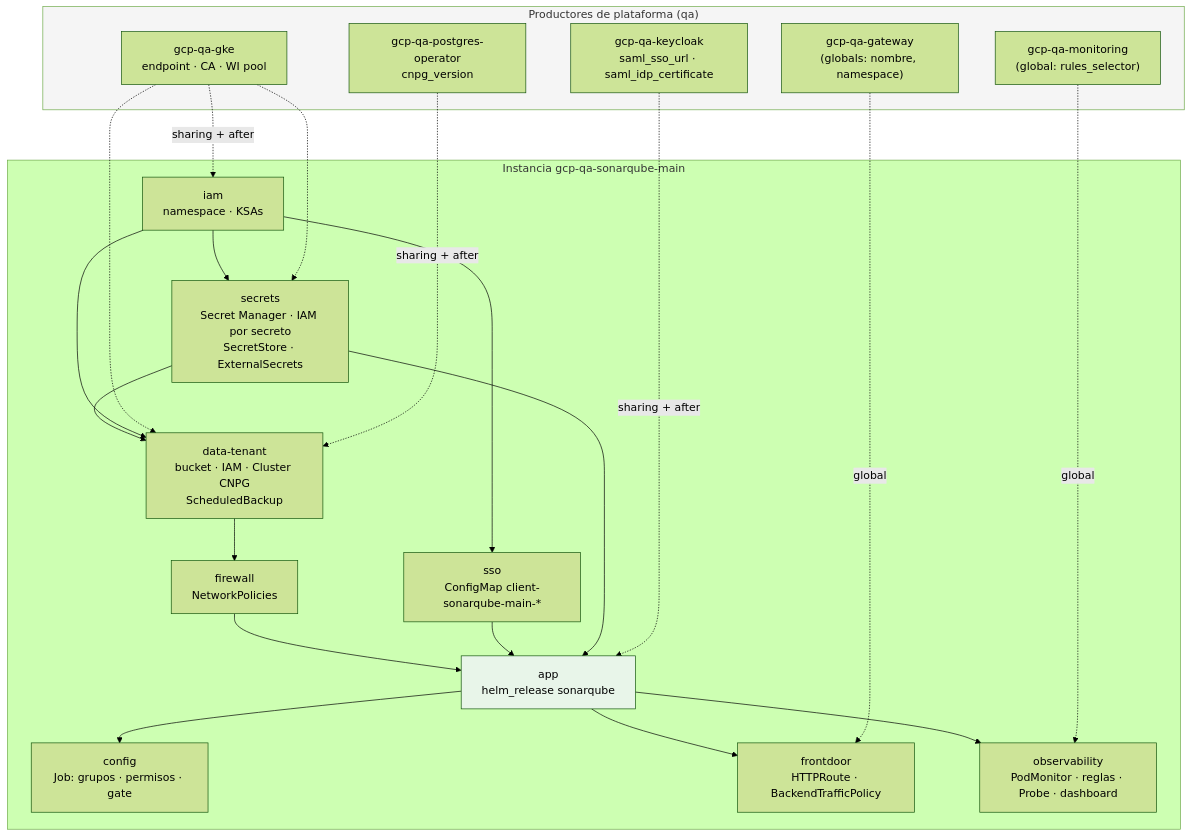
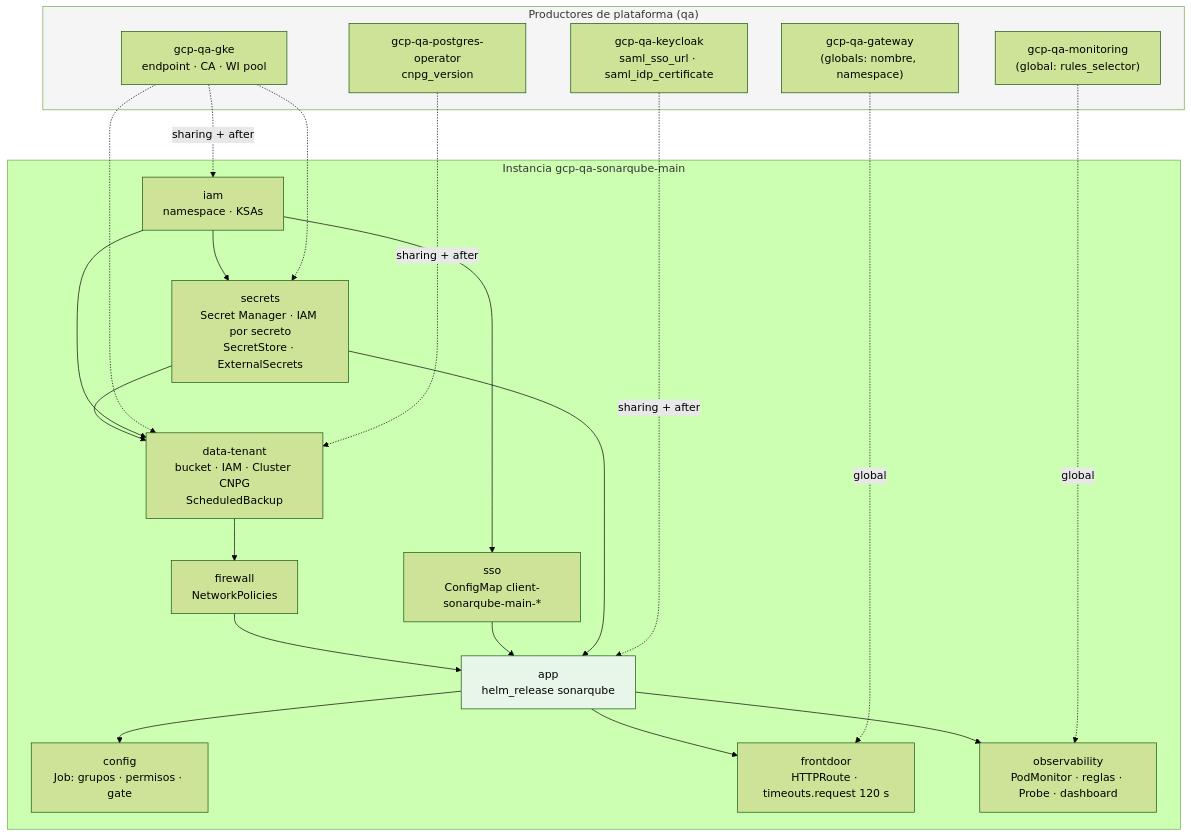
Before and after one commit to aescanero/proposal_documents: the diagram in docs/es/proposals/sonarqube-qa/diagrams/11-stacks-arquetipo.mmd, drawn with Mermaid (forest theme). The commit also changed 19 other files, not shown here.

```diff
--- a/docs/es/proposals/sonarqube-qa/diagrams/11-stacks-arquetipo.mmd
+++ b/docs/es/proposals/sonarqube-qa/diagrams/11-stacks-arquetipo.mmd
@@ -1,39 +1,39 @@
 flowchart TB
     subgraph PLAT["Productores de plataforma (qa)"]
         GKE["gcp-qa-gke<br/>endpoint · CA · WI pool"]
         KC["gcp-qa-keycloak<br/>saml_sso_url · saml_idp_certificate"]
         PGO["gcp-qa-postgres-operator<br/>cnpg_version"]
         GW["gcp-qa-gateway<br/>(globals: nombre, namespace)"]
         MON["gcp-qa-monitoring<br/>(global: rules_selector)"]
     end
 
     subgraph INST["Instancia gcp-qa-sonarqube-main"]
         IAM["iam<br/>namespace · KSAs"]
         SEC["secrets<br/>Secret Manager · IAM por secreto<br/>SecretStore · ExternalSecrets"]
         DATA["data-tenant<br/>bucket · IAM · Cluster CNPG<br/>ScheduledBackup"]
         FW["firewall<br/>NetworkPolicies"]
         SSO["sso<br/>ConfigMap client-sonarqube-main-*"]
         APP["app<br/>helm_release sonarqube"]
         CFG["config<br/>Job: grupos · permisos · gate"]
-        FD["frontdoor<br/>HTTPRoute · BackendTrafficPolicy"]
+        FD["frontdoor<br/>HTTPRoute · timeouts.request 120 s"]
         OBS["observability<br/>PodMonitor · reglas · Probe · dashboard"]
     end
 
     IAM --> SEC --> DATA --> FW --> APP
     IAM --> DATA
     IAM --> SSO --> APP
     SEC --> APP
     APP --> CFG
     APP --> FD
     APP --> OBS
 
     GKE -. "sharing + after" .-> IAM
     GKE -.-> SEC
     GKE -.-> DATA
     PGO -. "sharing + after" .-> DATA
     KC -. "sharing + after" .-> APP
     GW -. "global" .-> FD
     MON -. "global" .-> OBS
 
     style APP fill:#e8f5e9
     style PLAT fill:#f5f5f5
```
